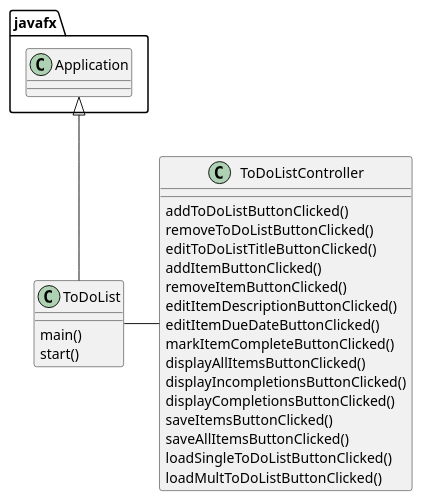
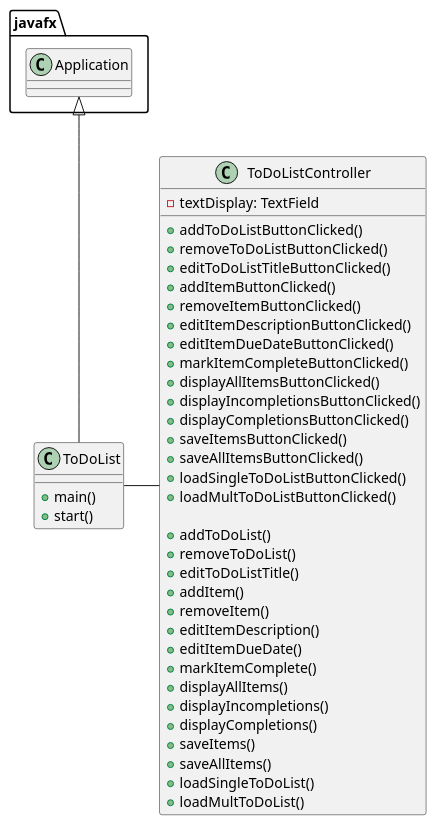
Before and after one commit to christianklingbiel/klingbiel-cop3330-assignment4: the diagram in uml/ToDoList.puml, drawn with PlantUML. The commit also changed 3 other files, not shown here.

```diff
--- a/uml/ToDoList.puml
+++ b/uml/ToDoList.puml
@@ -1,30 +1,48 @@
 @startuml
 'https://plantuml.com/class-diagram
 
 class ToDoList {
-    main()
-    start()
+    + main()
+    + start()
 }
 class ToDoListController {
-    addToDoListButtonClicked()
-    removeToDoListButtonClicked()
-    editToDoListTitleButtonClicked()
-    addItemButtonClicked()
-    removeItemButtonClicked()
-    editItemDescriptionButtonClicked()
-    editItemDueDateButtonClicked()
-    markItemCompleteButtonClicked()
-    displayAllItemsButtonClicked()
-    displayIncompletionsButtonClicked()
-    displayCompletionsButtonClicked()
-    saveItemsButtonClicked()
-    saveAllItemsButtonClicked()
-    loadSingleToDoListButtonClicked()
-    loadMultToDoListButtonClicked()
+    - textDisplay: TextField
+
+    + addToDoListButtonClicked()
+    + removeToDoListButtonClicked()
+    + editToDoListTitleButtonClicked()
+    + addItemButtonClicked()
+    + removeItemButtonClicked()
+    + editItemDescriptionButtonClicked()
+    + editItemDueDateButtonClicked()
+    + markItemCompleteButtonClicked()
+    + displayAllItemsButtonClicked()
+    + displayIncompletionsButtonClicked()
+    + displayCompletionsButtonClicked()
+    + saveItemsButtonClicked()
+    + saveAllItemsButtonClicked()
+    + loadSingleToDoListButtonClicked()
+    + loadMultToDoListButtonClicked()
+
+    + addToDoList()
+    + removeToDoList()
+    + editToDoListTitle()
+    + addItem()
+    + removeItem()
+    + editItemDescription()
+    + editItemDueDate()
+    + markItemComplete()
+    + displayAllItems()
+    + displayIncompletions()
+    + displayCompletions()
+    + saveItems()
+    + saveAllItems()
+    + loadSingleToDoList()
+    + loadMultToDoList()
 }
 
 javafx.Application <|-- ToDoList
 
 ToDoList - ToDoListController
 
 @enduml
```
